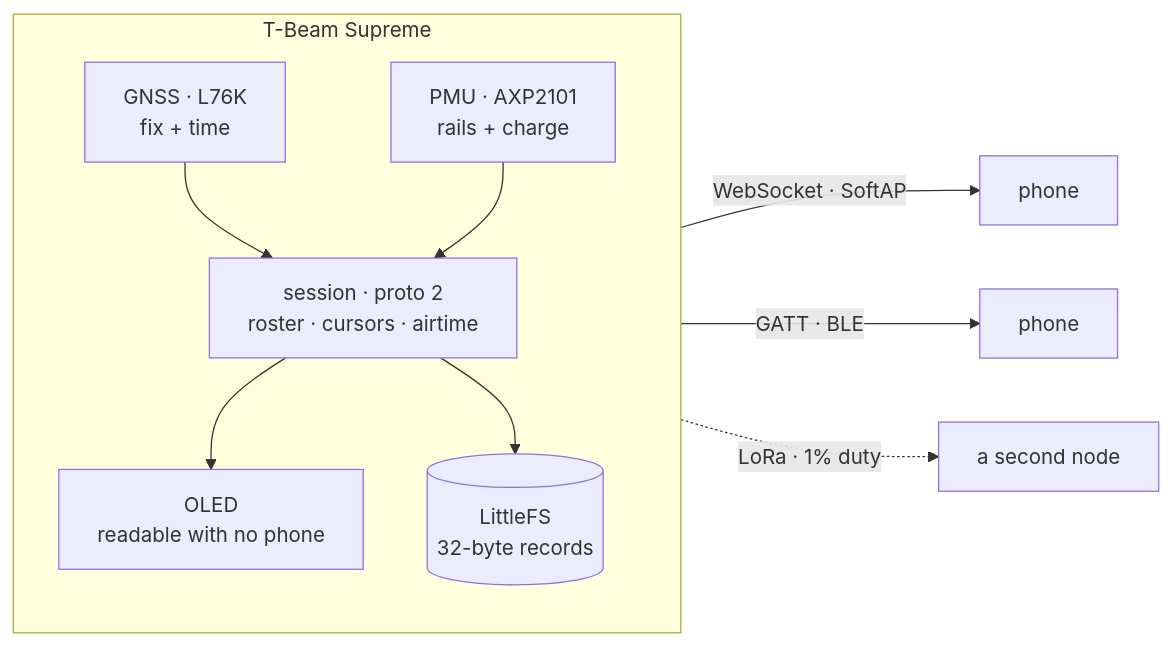
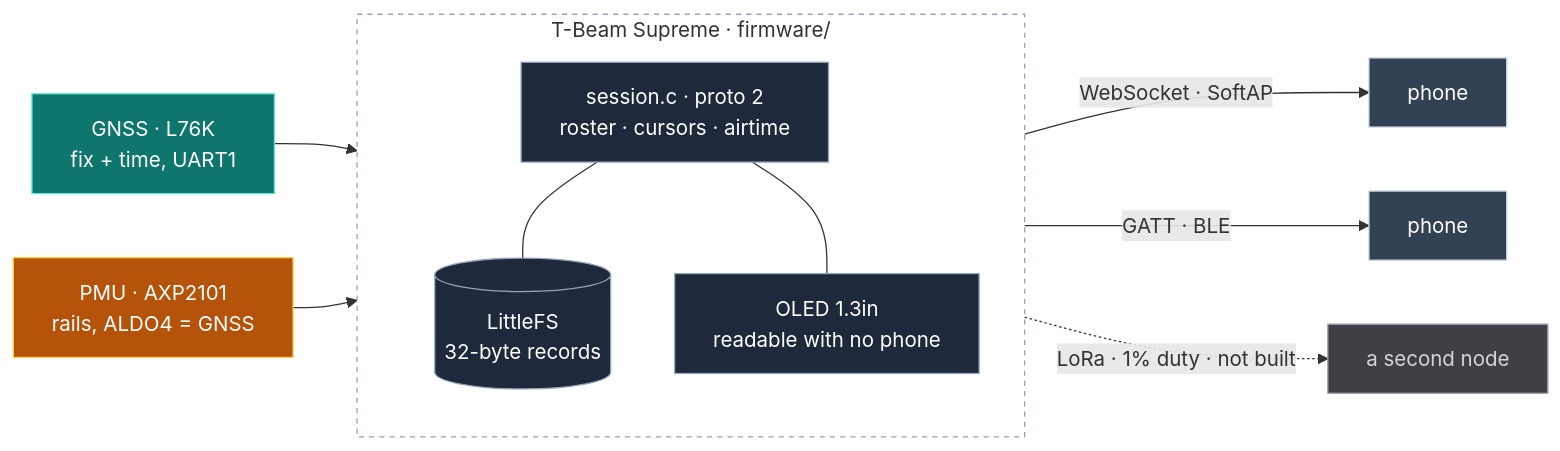
The second of 2 diagrams in README.md (MKS-01/lokalgrid), drawn with Mermaid before and after one commit. The commit also changed other lines of this file, not shown here.

First line of the commit message:
docs: two proper diagrams, colour-coded like the spec

````diff
--- a/README.md
+++ b/README.md
@@ -146,14 +190,35 @@
 ```mermaid
 flowchart LR
-    subgraph NODE["T-Beam Supreme"]
+    GNSS["GNSS · L76K<br/>fix + time, UART1"]
+    PMU["PMU · AXP2101<br/>rails, ALDO4 = GNSS"]
+
+    subgraph NODE["T-Beam Supreme · firmware/"]
         direction TB
-        G["GNSS · L76K<br/>fix + time"] --> S
-        P["PMU · AXP2101<br/>rails + charge"] --> S
-        S["session · proto 2<br/>roster · cursors · airtime"] --> O["OLED<br/>readable with no phone"]
-        S --> FS[("LittleFS<br/>32-byte records")]
+        SESSION["session.c · proto 2<br/>roster · cursors · airtime"]
+        FS[("LittleFS<br/>32-byte records")]
+        OLED["OLED 1.3in<br/>readable with no phone"]
+        SESSION --- FS
+        SESSION --- OLED
     end
 
-    S -- "WebSocket · SoftAP" --> A["phone"]
-    S -- "GATT · BLE" --> B["phone"]
-    S -. "LoRa · 1% duty" .-> C["a second node"]
+    GNSS --> SESSION
+    PMU --> SESSION
+
+    SESSION -- "WebSocket · SoftAP" --> P1["phone"]
+    SESSION -- "GATT · BLE" --> P2["phone"]
+    SESSION -. "LoRa · 1% duty · not built" .-> N2["a second node"]
+
+    classDef sense fill:#0f766e,stroke:#5eead4,color:#ffffff
+    classDef power fill:#b45309,stroke:#fcd34d,color:#ffffff
+    classDef core  fill:#1e293b,stroke:#94a3b8,color:#ffffff
+    classDef out   fill:#334155,stroke:#cbd5e1,color:#ffffff
+    classDef todo  fill:#3f3f46,stroke:#a1a1aa,color:#d4d4d8
+
+    style NODE fill:none,stroke:#94a3b8,stroke-dasharray:4 4
+
+    class GNSS sense
+    class PMU power
+    class SESSION,FS,OLED core
+    class P1,P2 out
+    class N2 todo
 ```
````
